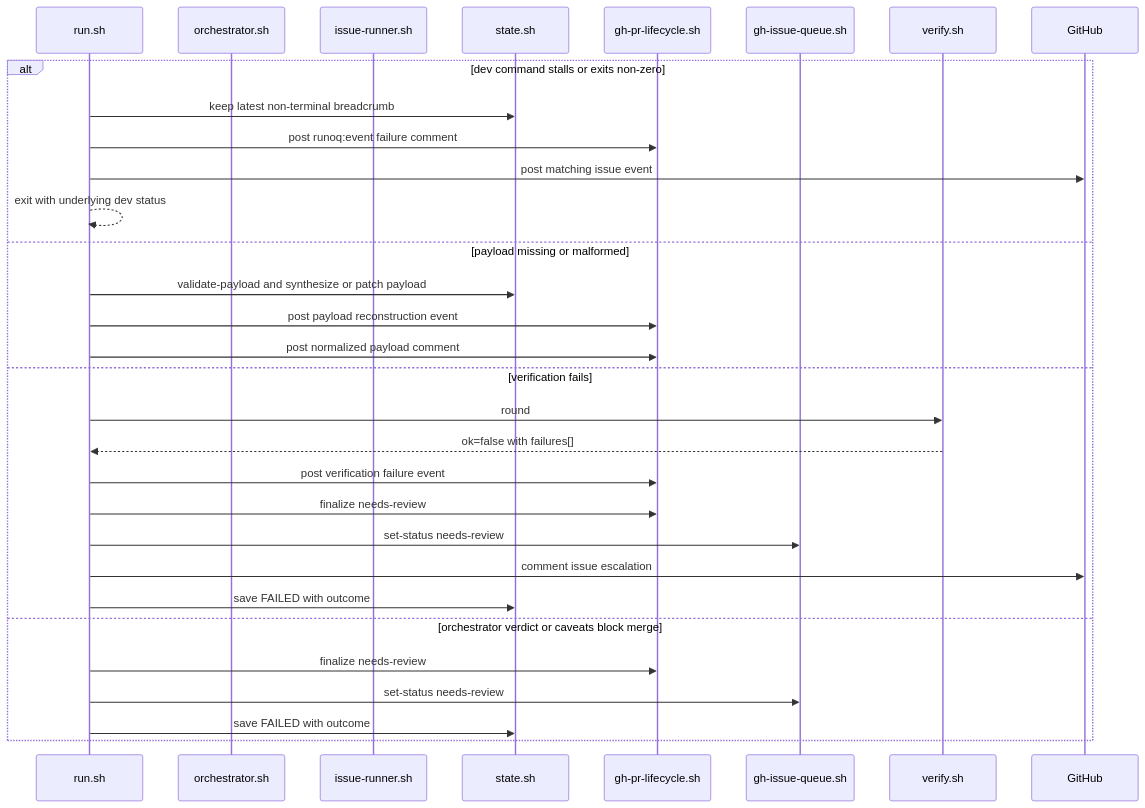
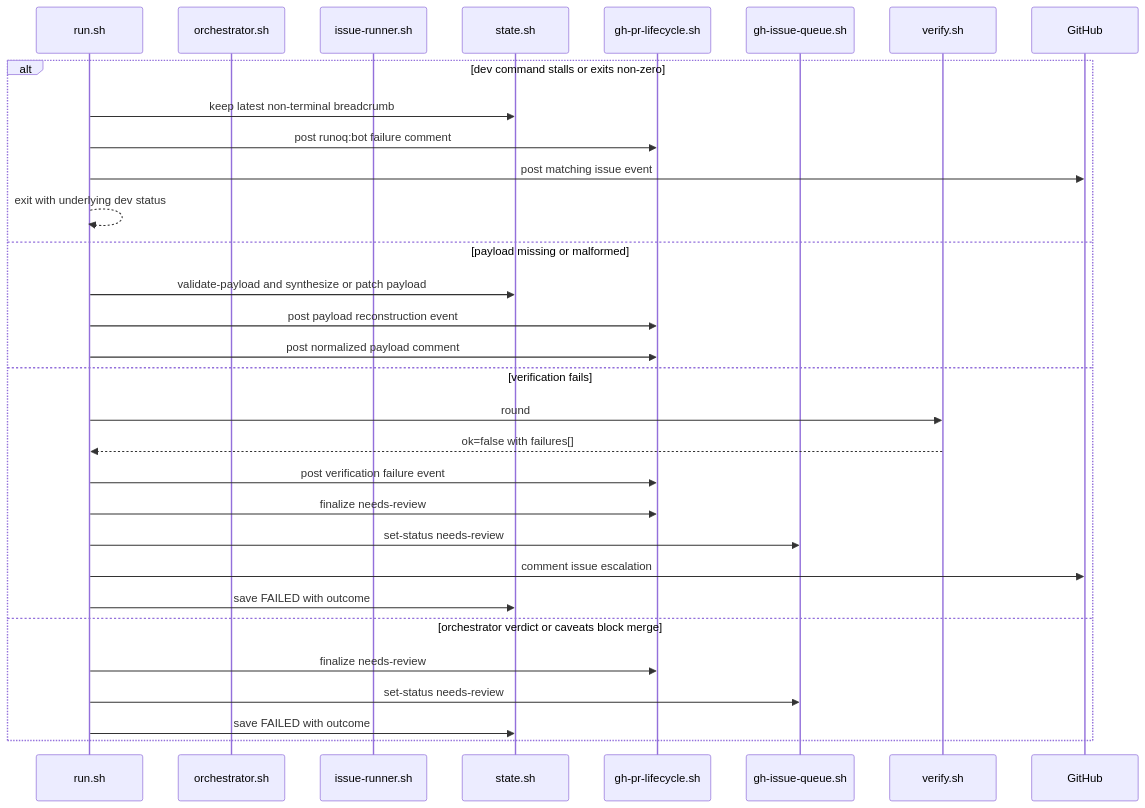
Before and after one commit to morhekil/runoq: the fourth of 9 diagrams in docs/architecture/flows.md, drawn with Mermaid. The commit also changed other lines of this file and 33 other files, not shown here.

First line of the commit message:
Replace runoq:event markers with runoq:bot, delete event fallback

````diff
--- a/docs/architecture/flows.md
+++ b/docs/architecture/flows.md
@@ -226,34 +226,34 @@
 ```mermaid
 sequenceDiagram
   participant Run as run.sh
   participant Orch as orchestrator.sh
   participant IssRun as issue-runner.sh
   participant State as state.sh
   participant PR as gh-pr-lifecycle.sh
   participant Queue as gh-issue-queue.sh
   participant Verify as verify.sh
   participant GH as GitHub
 
   alt dev command stalls or exits non-zero
     Run->>State: keep latest non-terminal breadcrumb
-    Run->>PR: post runoq:event failure comment
+    Run->>PR: post runoq:bot failure comment
     Run->>GH: post matching issue event
     Run-->>Run: exit with underlying dev status
   else payload missing or malformed
     Run->>State: validate-payload and synthesize or patch payload
     Run->>PR: post payload reconstruction event
     Run->>PR: post normalized payload comment
   else verification fails
     Run->>Verify: round
     Verify-->>Run: ok=false with failures[]
     Run->>PR: post verification failure event
     Run->>PR: finalize needs-review
     Run->>Queue: set-status needs-review
     Run->>GH: comment issue escalation
     Run->>State: save FAILED with outcome
   else orchestrator verdict or caveats block merge
     Run->>PR: finalize needs-review
     Run->>Queue: set-status needs-review
     Run->>State: save FAILED with outcome
   end
 ```
````
